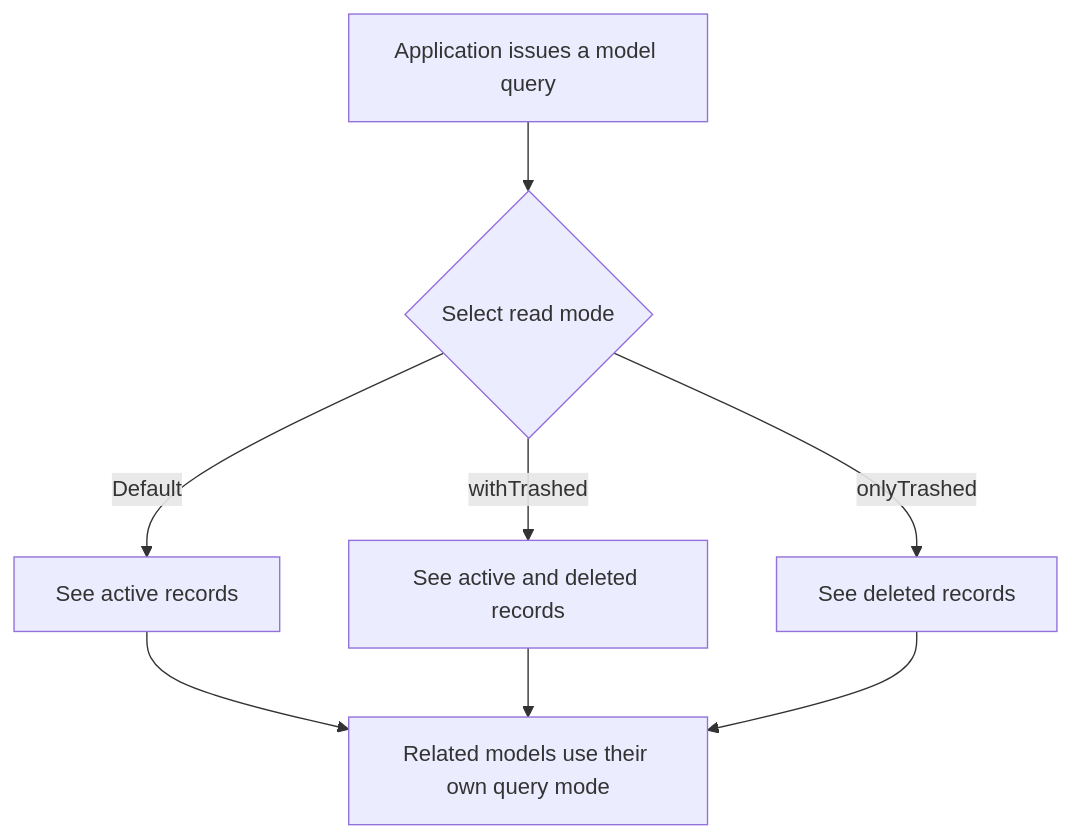
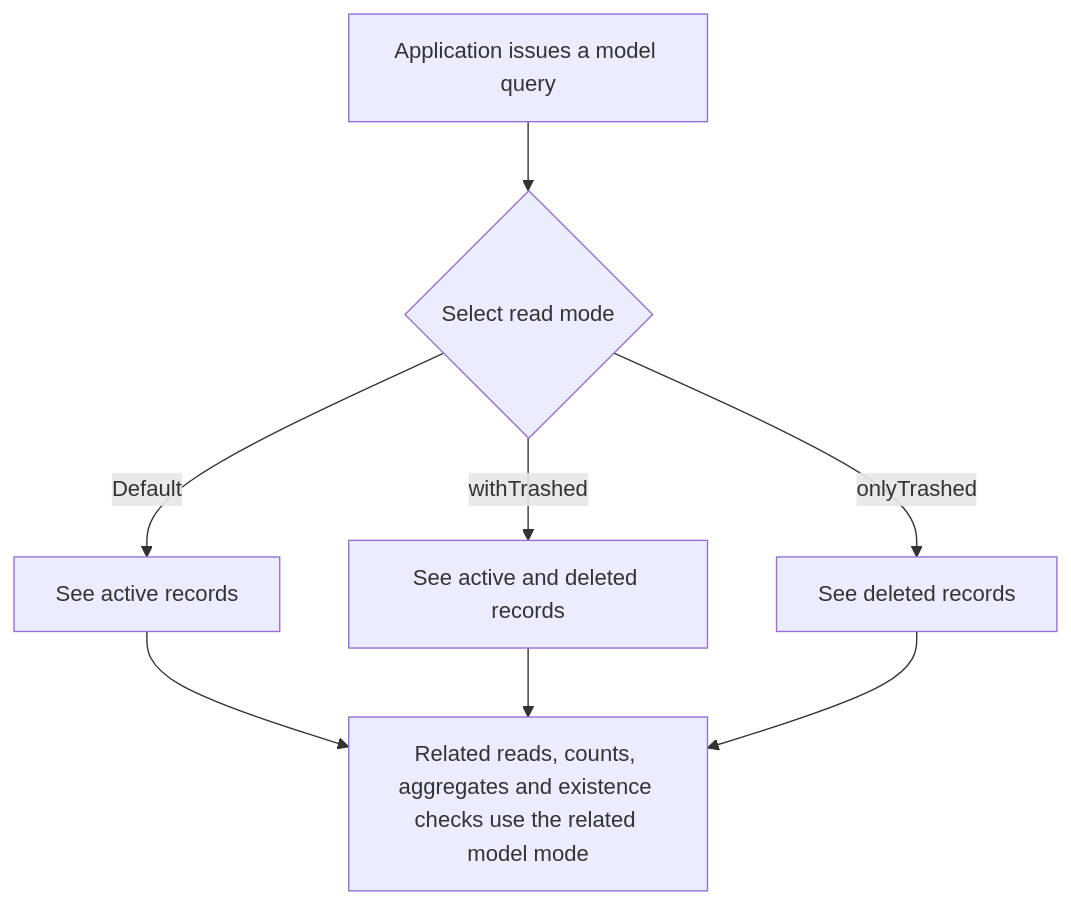
The first of 2 diagrams in user-stories/query-deleted-records/us-app-02-query-deleted-records.md (Kevinjohn/oss-adonisjs-lucid-soft-delete), drawn with Mermaid before and after one commit. The commit also changed other lines of this file and 3 other files, not shown here.

Commit message:
docs: correct catalogue behavior and recovery flows

````diff
--- a/user-stories/query-deleted-records/us-app-02-query-deleted-records.md
+++ b/user-stories/query-deleted-records/us-app-02-query-deleted-records.md
@@ -23,10 +23,10 @@
 ```mermaid
 flowchart TD
     A["Application issues a model query"] --> B{"Select read mode"}
     B -->|Default| C["See active records"]
     B -->|withTrashed| D["See active and deleted records"]
     B -->|onlyTrashed| E["See deleted records"]
-    C --> F["Related models use their own query mode"]
+    C --> F["Related reads, counts, aggregates and existence checks use the related model mode"]
     D --> F
     E --> F
 ```
````
